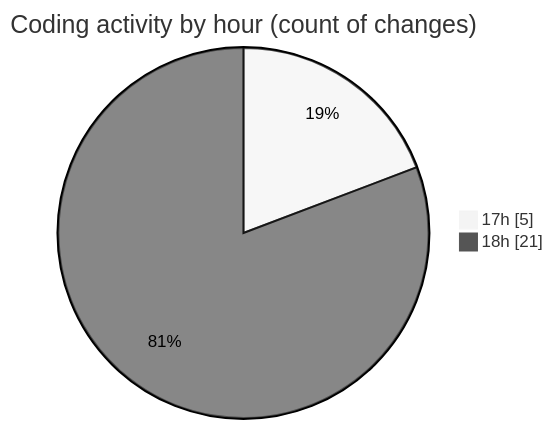
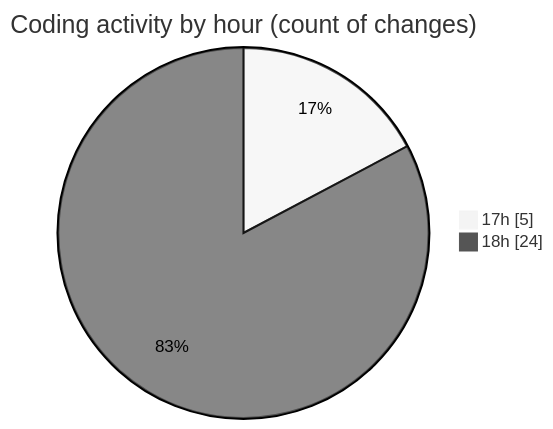
One commit to donsfak/code-tracking changed the second of 2 diagrams in 2025-01-01/uber_clone/README.md. Above: the diagram before and after it, drawn with Mermaid (neutral theme). The commit also changed other lines of this file and 1 other file, not shown here.

````diff
--- a/2025-01-01/uber_clone/README.md
+++ b/2025-01-01/uber_clone/README.md
@@ -36,6 +36,6 @@
 ```mermaid
 pie showData
 title Coding activity by hour (count of changes)
 "17h" : 5
-"18h" : 21
+"18h" : 24
 ```
````
